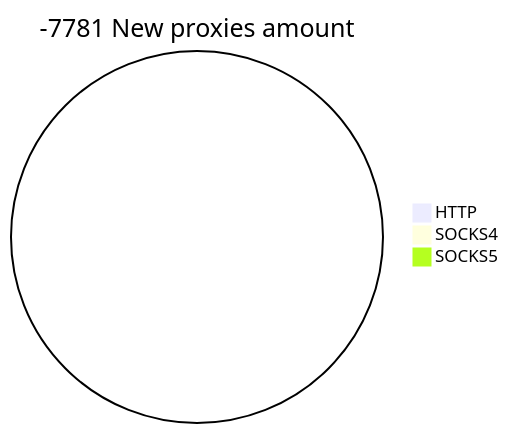
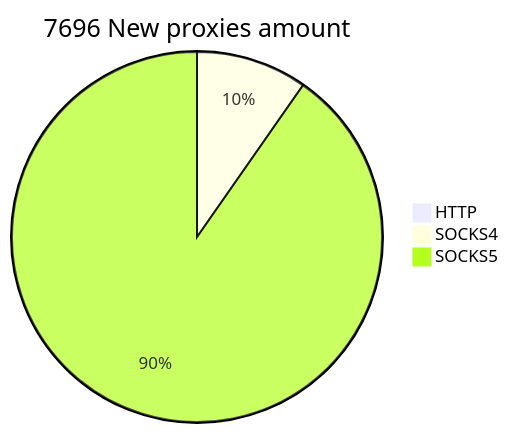
Before and after one commit to cutipu/proxylist: the second of 2 diagrams in README.md, drawn with Mermaid. The commit also changed other lines of this file, not shown here.

````diff
--- a/README.md
+++ b/README.md
@@ -10,6 +10,6 @@
 ```mermaid
-pie title -7781 New proxies amount
-    "HTTP" : 0
-    "SOCKS4" : 0
-    "SOCKS5" : 0
+pie title 7696 New proxies amount
+    "HTTP" : 27
+    "SOCKS4" : 744
+    "SOCKS5" : 6925
 ```
````
